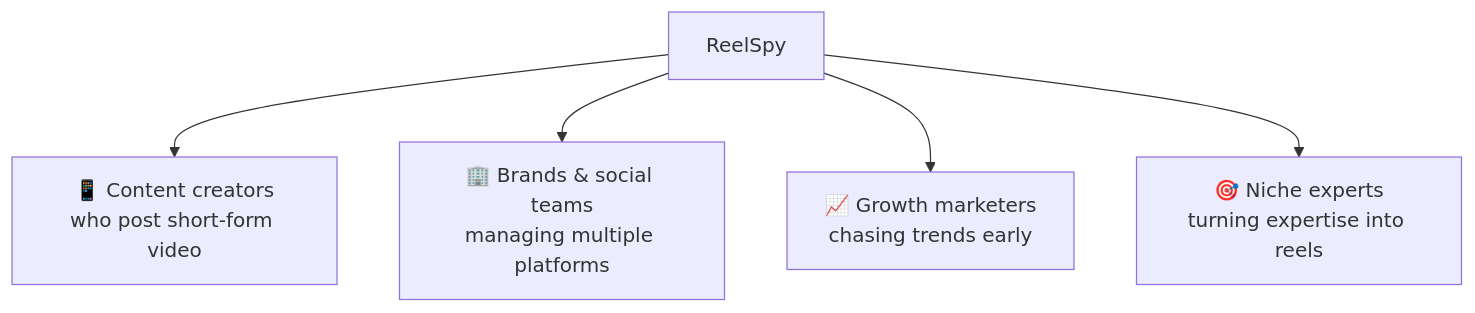
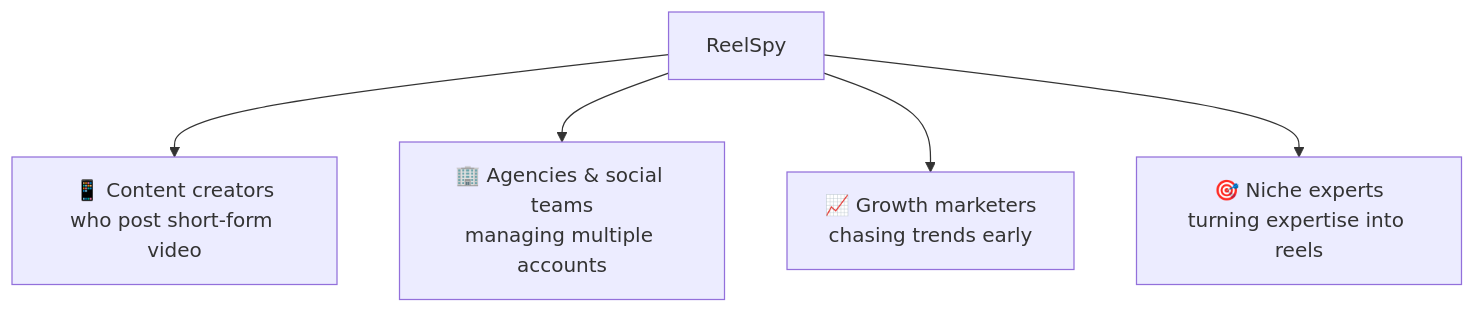
Before and after one commit to EngMajdSayedTaha/reelspy: the second of 2 diagrams in docs/product/02-customer-overview.md, drawn with Mermaid. The commit also changed other lines of this file and 11 other files, not shown here.

````diff
--- a/docs/product/02-customer-overview.md
+++ b/docs/product/02-customer-overview.md
@@ -88,7 +107,7 @@
 ```mermaid
 flowchart TD
     R[ReelSpy] --> C1["📱 Content creators<br/>who post short-form video"]
-    R --> C2["🏢 Brands & social teams<br/>managing multiple platforms"]
+    R --> C2["🏢 Agencies & social teams<br/>managing multiple accounts"]
     R --> C3["📈 Growth marketers<br/>chasing trends early"]
     R --> C4["🎯 Niche experts<br/>turning expertise into reels"]
 ```
````
